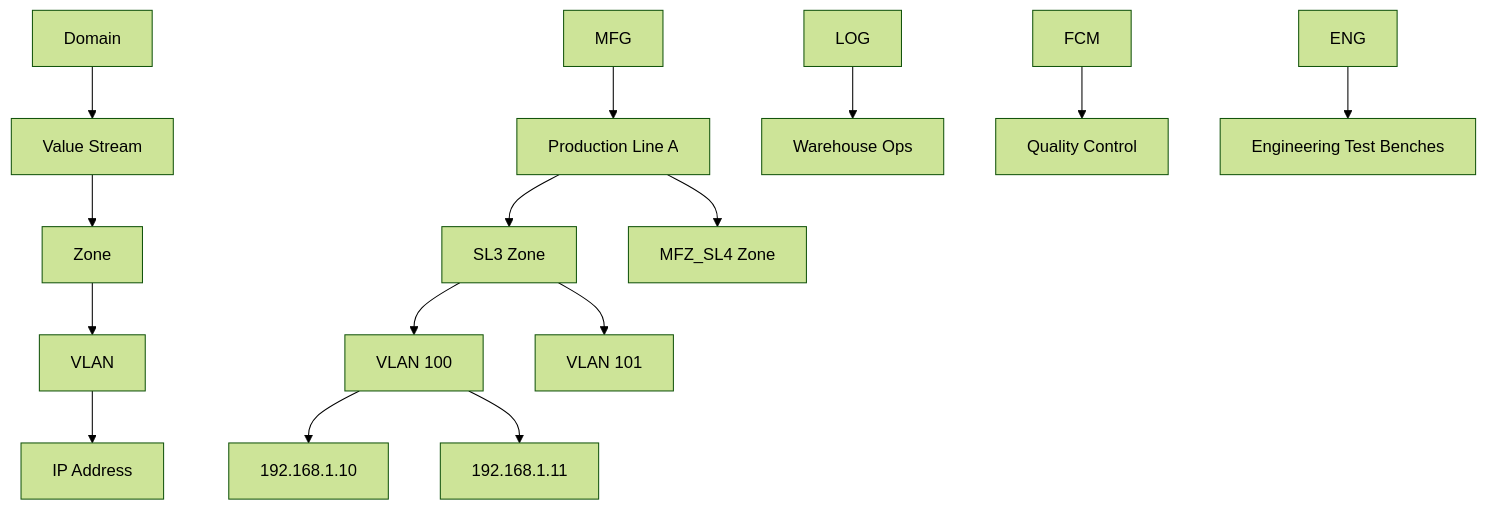
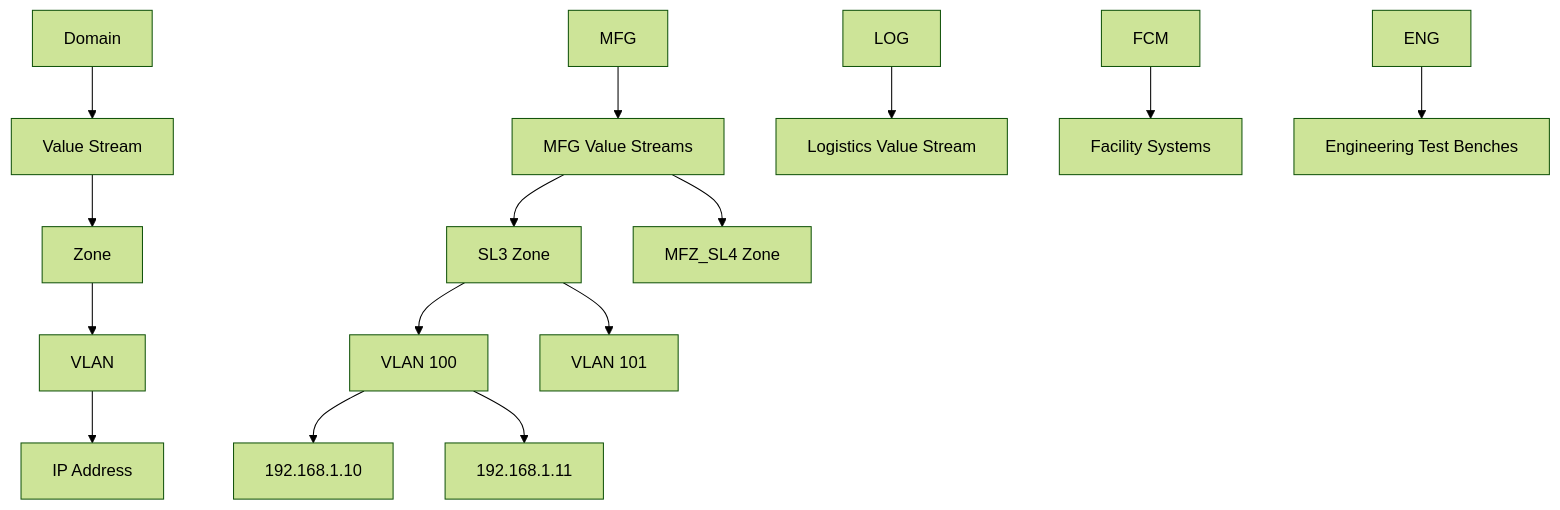
The second of 2 diagrams in README.md (sevketbinali/IP-Management), drawn with Mermaid (forest theme) before and after one commit.

````diff
--- a/README.md
+++ b/README.md
@@ -56,21 +56,21 @@
 ```mermaid
 graph TD
     D[Domain] --> VS[Value Stream]
     VS --> Z[Zone]
     Z --> V[VLAN]
     V --> IP[IP Address]
     
-    D1[MFG] --> VS1[Production Line A]
-    D2[LOG] --> VS2[Warehouse Ops]
-    D3[FCM] --> VS3[Quality Control]
+    D1[MFG] --> VS1[MFG Value Streams]
+    D2[LOG] --> VS2[Logistics Value Stream]
+    D3[FCM] --> VS3[Facility Systems]
     D4[ENG] --> VS4[Engineering Test Benches]
     
     VS1 --> Z1[SL3 Zone]
     VS1 --> Z2[MFZ_SL4 Zone]
     
     Z1 --> V1[VLAN 100]
     Z1 --> V2[VLAN 101]
     
     V1 --> IP1[192.168.1.10]
     V1 --> IP2[192.168.1.11]
 ```
````
